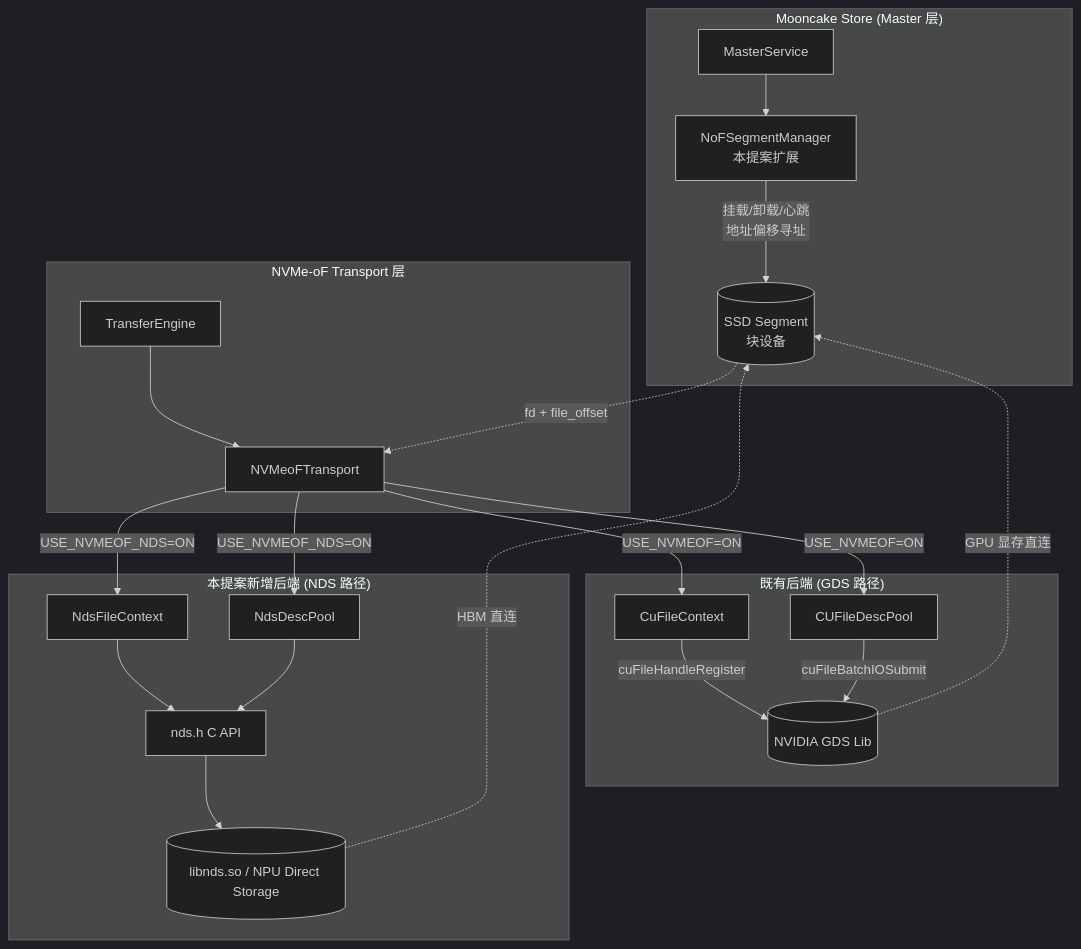
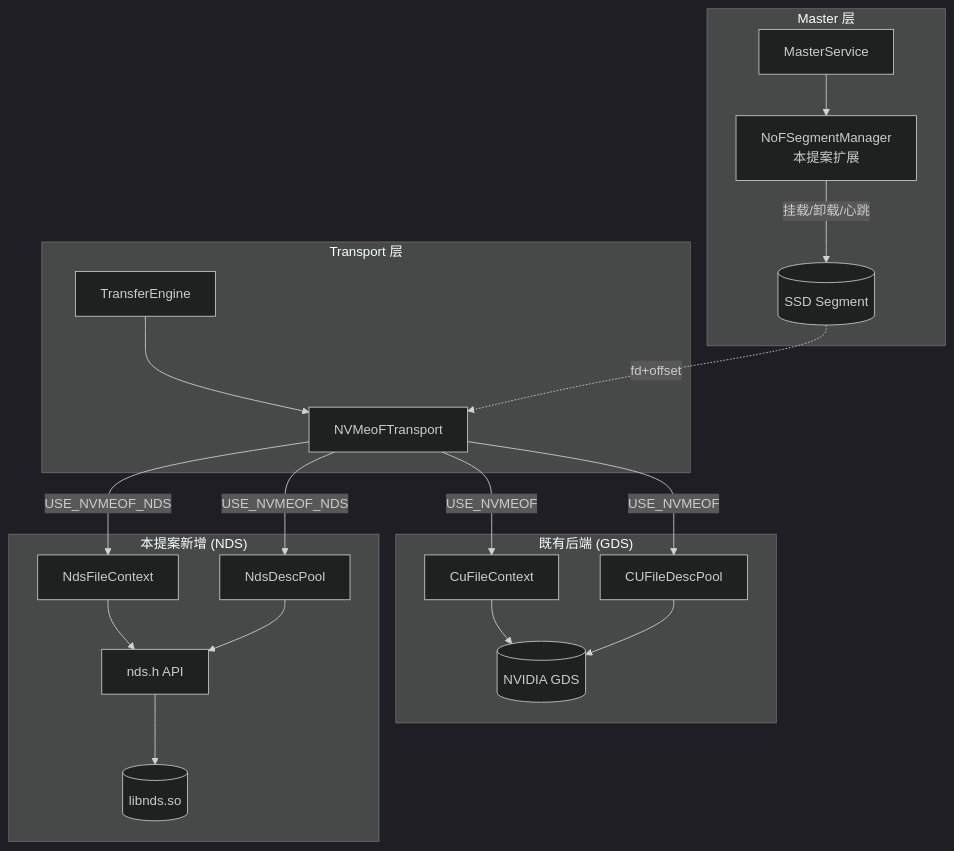
One commit to yz53665/Mooncake changed the second of 11 diagrams in docs/rfc-nds-nvmeof-transport-cn.md. Above: the diagram before and after it, drawn with Mermaid (dark theme). The commit also changed other lines of this file and 2 other files, not shown here.

````diff
--- a/docs/rfc-nds-nvmeof-transport-cn.md
+++ b/docs/rfc-nds-nvmeof-transport-cn.md
@@ -102,39 +73,19 @@
 ```mermaid
 graph TB
-    subgraph Store["Mooncake Store (Master 层)"]
-        MS[MasterService]
-        NSM[NoFSegmentManager<br/>本提案扩展]
-        MS --> NSM
-        NSM -->|挂载/卸载/心跳<br/>地址偏移寻址| SEG[(SSD Segment<br/>块设备)]
+    subgraph Store["Master 层"]
+        MS[MasterService] --> NSM[NoFSegmentManager<br/>本提案扩展]
+        NSM -->|挂载/卸载/心跳| SEG[(SSD Segment)]
     end
-
-    subgraph Transport["NVMe-oF Transport 层"]
-        TE[TransferEngine]
-        NVT[NVMeoFTransport]
-        TE --> NVT
+    subgraph Transport["Transport 层"]
+        TE[TransferEngine] --> NVT[NVMeoFTransport]
     end
-
-    subgraph Existing["既有后端 (GDS 路径)"]
-        CFC[CuFileContext]
-        CDP[CUFileDescPool]
-        NVT -->|USE_NVMEOF=ON| CFC
-        NVT -->|USE_NVMEOF=ON| CDP
-        CFC -->|cuFileHandleRegister| GDS[(NVIDIA GDS Lib)]
-        CDP -->|cuFileBatchIOSubmit| GDS
+    subgraph Existing["既有后端 (GDS)"]
+        NVT -->|USE_NVMEOF| CFC[CuFileContext] --> GDS[(NVIDIA GDS)]
+        NVT -->|USE_NVMEOF| CDP[CUFileDescPool] --> GDS
     end
-
-    subgraph Proposed["本提案新增后端 (NDS 路径)"]
-        NDS_CTX[NdsFileContext]
-        NDS_BATCH[NdsDescPool]
-        NDS_API[nds.h C API]
-        NVT -->|USE_NVMEOF_NDS=ON| NDS_CTX
-        NVT -->|USE_NVMEOF_NDS=ON| NDS_BATCH
-        NDS_CTX --> NDS_API
-        NDS_BATCH --> NDS_API
-        NDS_API --> NDSL[(libnds.so / NPU Direct Storage)]
+    subgraph Proposed["本提案新增 (NDS)"]
+        NVT -->|USE_NVMEOF_NDS| NDS_CTX[NdsFileContext] --> NDS_API[nds.h API] --> NDSL[(libnds.so)]
+        NVT -->|USE_NVMEOF_NDS| NDS_BATCH[NdsDescPool] --> NDS_API
     end
-
-    SEG -. fd + file_offset .-> NVT
-    NDSL -.HBM 直连.-> SEG
-    GDS -.GPU 显存直连.-> SEG
+    SEG -. fd+offset .-> NVT
 ```
````
